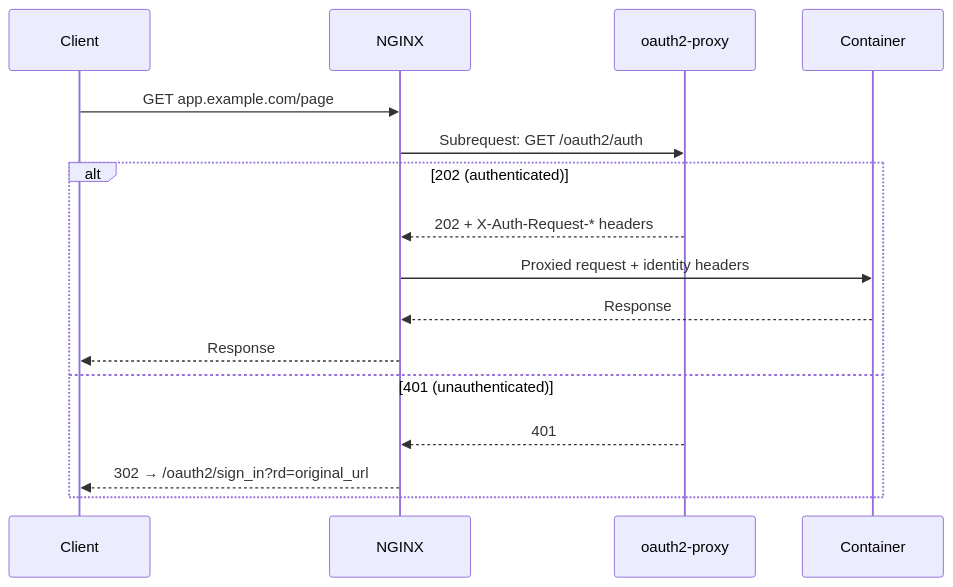
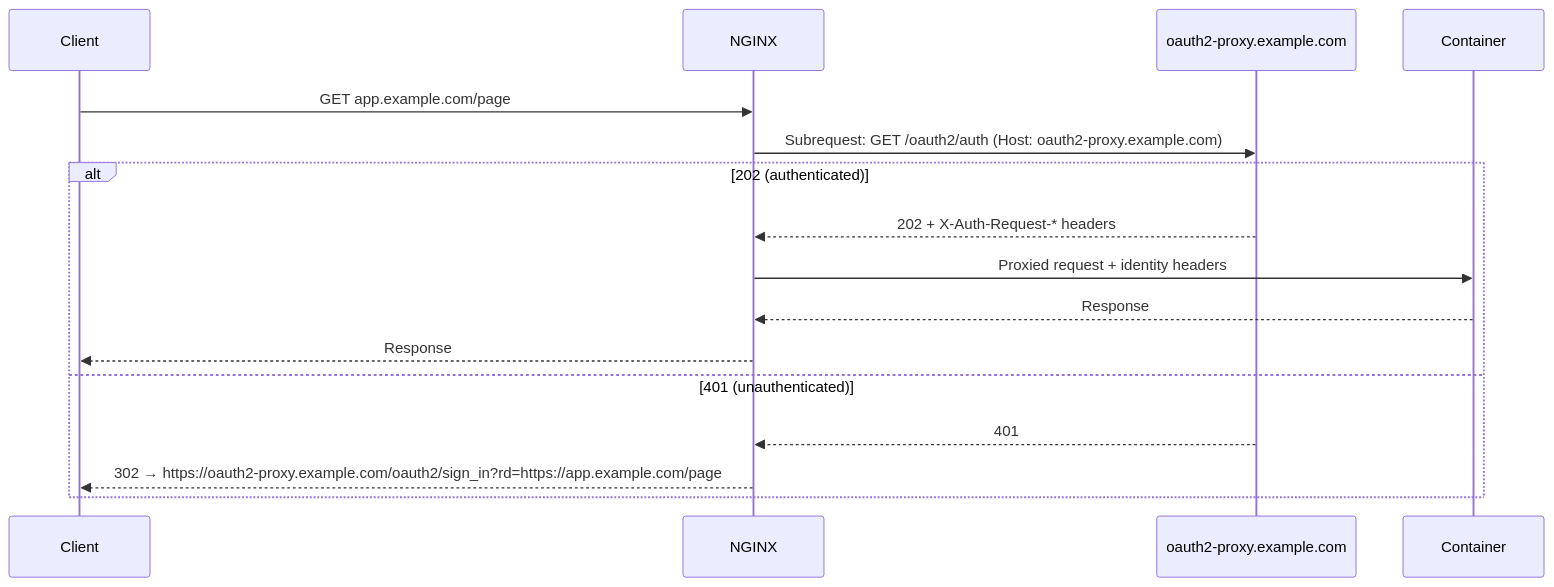
Before and after one commit to mieweb/opensource-server: the fifth of 5 diagrams in mie-opensource-landing/docs/developers/system-architecture.md, drawn with Mermaid. The commit also changed other lines of this file and 6 other files, not shown here.

First line of the commit message:
oauth2-proxy auth_request: support central auth host on the same LB

````diff
--- a/mie-opensource-landing/docs/developers/system-architecture.md
+++ b/mie-opensource-landing/docs/developers/system-architecture.md
@@ -151,19 +153,19 @@
 ```mermaid
 sequenceDiagram
     participant Client
     participant NGINX
-    participant OAuth2Proxy as oauth2-proxy
+    participant OAuth2Proxy as oauth2-proxy.example.com
     participant Container
 
     Client->>NGINX: GET app.example.com/page
-    NGINX->>OAuth2Proxy: Subrequest: GET /oauth2/auth
+    NGINX->>OAuth2Proxy: Subrequest: GET /oauth2/auth (Host: oauth2-proxy.example.com)
     alt 202 (authenticated)
         OAuth2Proxy-->>NGINX: 202 + X-Auth-Request-* headers
         NGINX->>Container: Proxied request + identity headers
         Container-->>NGINX: Response
         NGINX-->>Client: Response
     else 401 (unauthenticated)
         OAuth2Proxy-->>NGINX: 401
-        NGINX-->>Client: 302 → /oauth2/sign_in?rd=original_url
+        NGINX-->>Client: 302 → https://oauth2-proxy.example.com/oauth2/sign_in?rd=https://app.example.com/page
     end
 ```
````
